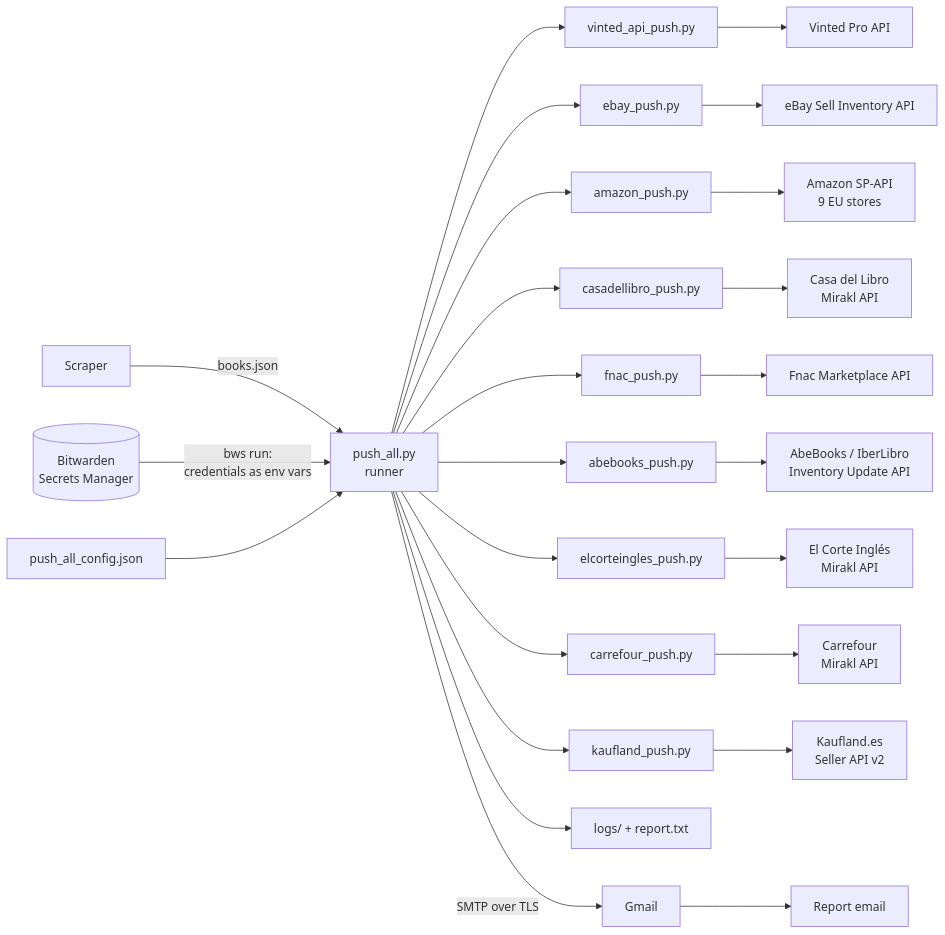
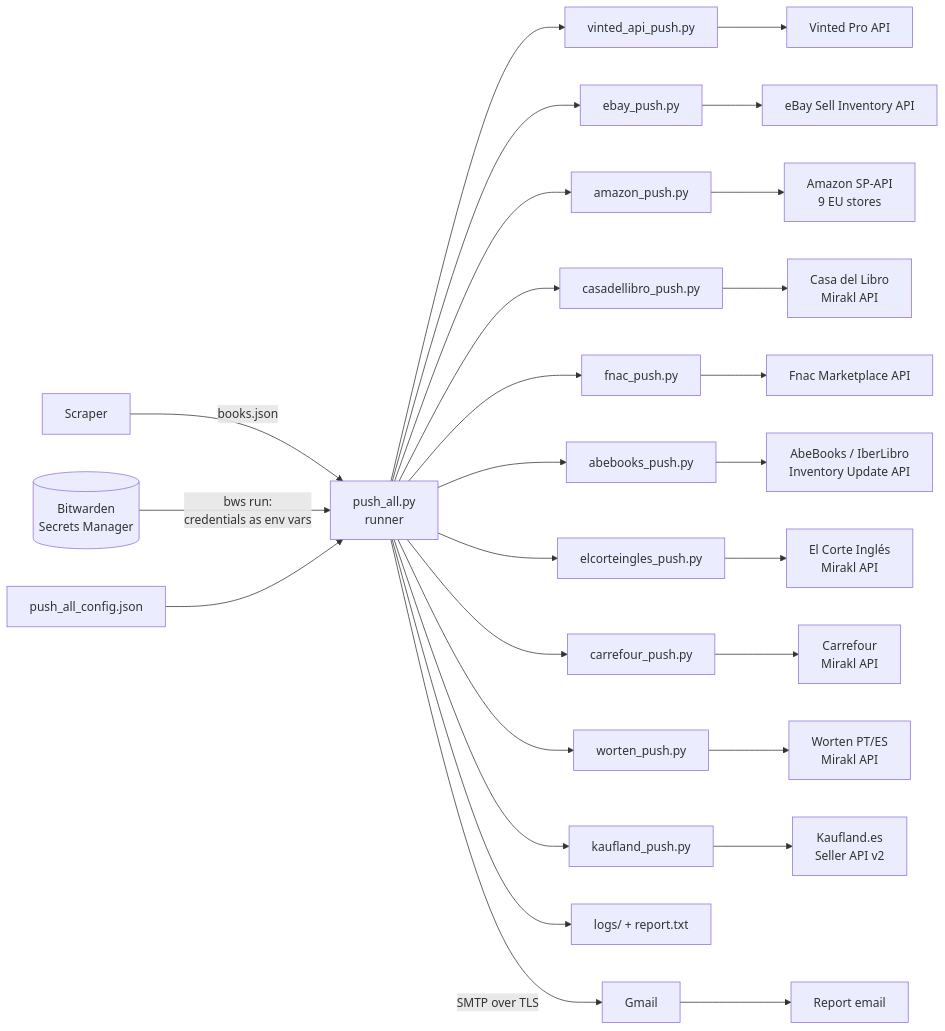
The diagram in docs/architecture.md (DavisGalla/products-api-push), drawn with Mermaid before and after one commit. The commit also changed other lines of this file and 13 other files, not shown here.

Commit message:
Add Worten (Mirakl, PT/ES) pusher and marketplace capabilities table (doc + PDF)

````diff
--- a/docs/architecture.md
+++ b/docs/architecture.md
@@ -29,17 +29,18 @@
 ```mermaid
 flowchart LR
     S[Scraper] -->|books.json| R
     BW[(Bitwarden<br>Secrets Manager)] -->|bws run:<br>credentials as env vars| R
     C[push_all_config.json] --> R
     R[push_all.py<br>runner] --> V[vinted_api_push.py] --> VA[Vinted Pro API]
     R --> E[ebay_push.py] --> EA[eBay Sell Inventory API]
     R --> A[amazon_push.py] --> AA[Amazon SP-API<br>9 EU stores]
     R --> CL[casadellibro_push.py] --> CLA[Casa del Libro<br>Mirakl API]
     R --> F[fnac_push.py] --> FA[Fnac Marketplace API]
     R --> AB[abebooks_push.py] --> ABA[AbeBooks / IberLibro<br>Inventory Update API]
     R --> EC[elcorteingles_push.py] --> ECA[El Corte Inglés<br>Mirakl API]
     R --> CF[carrefour_push.py] --> CFA[Carrefour<br>Mirakl API]
+    R --> W[worten_push.py] --> WA[Worten PT/ES<br>Mirakl API]
     R --> K[kaufland_push.py] --> KA[Kaufland.es<br>Seller API v2]
     R --> L[logs/ + report.txt]
     R -->|SMTP over TLS| G[Gmail] --> M[Report email]
 ```
````
